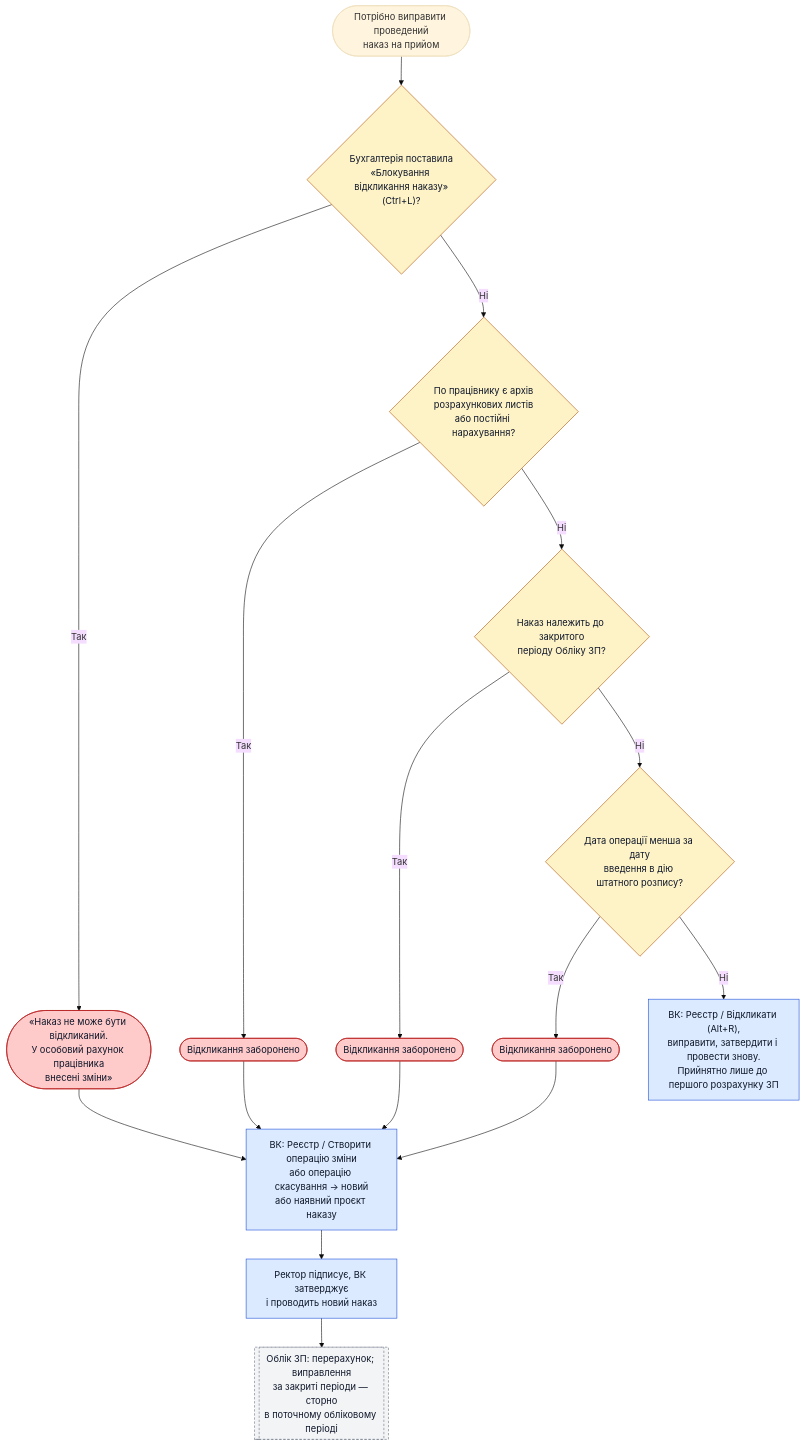
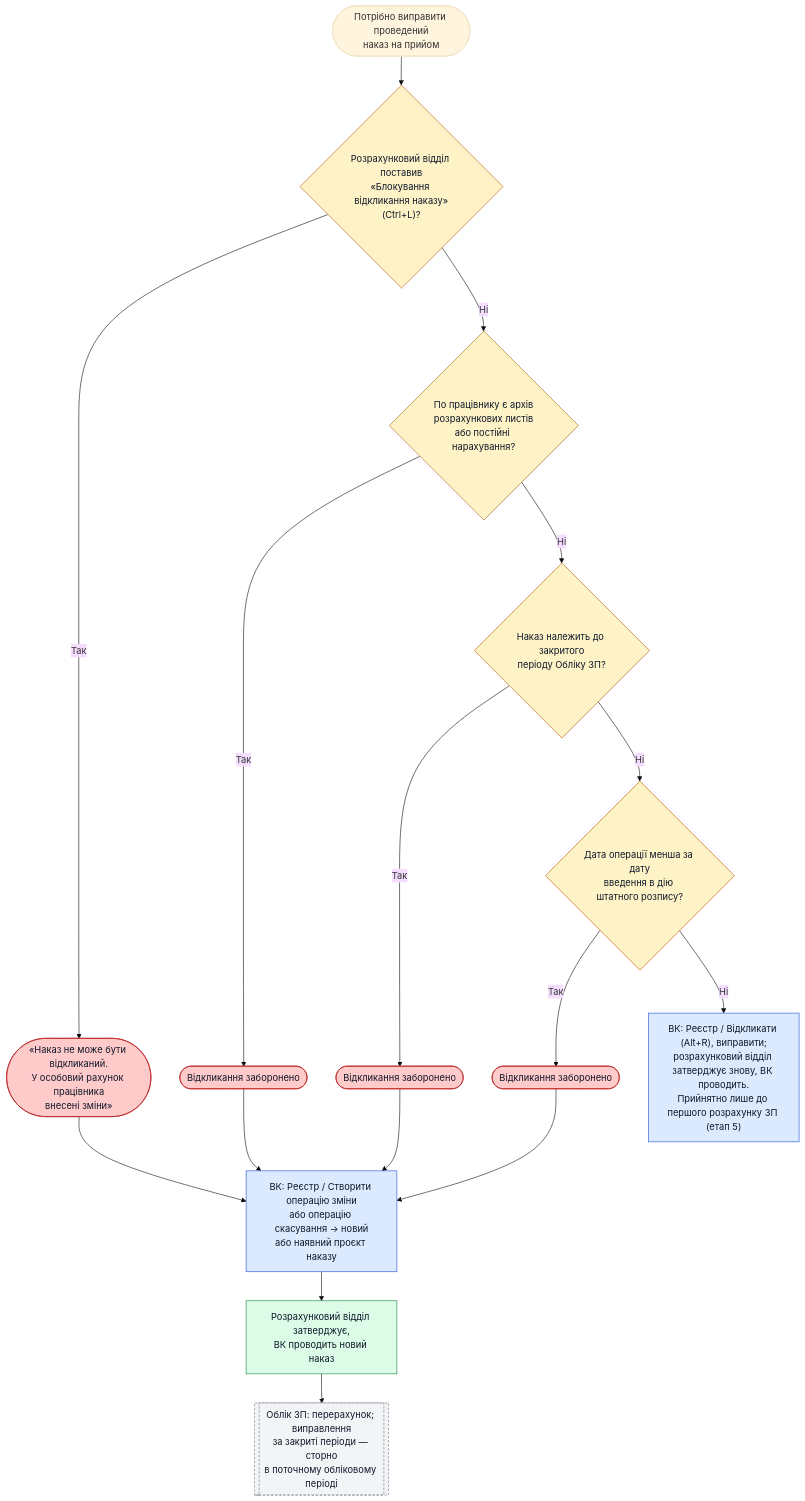
One commit to lisnayk/hr-workflows changed the second of 2 diagrams in processes/onboarding/ispro-hiring-order.md. Above: the diagram before and after it, drawn with Mermaid (base theme). The commit also changed other lines of this file and 3 other files, not shown here.

First line of the commit message:
Add ISpro order flow SVG, docs links and payroll approval flow (#2)

````diff
--- a/processes/onboarding/ispro-hiring-order.md
+++ b/processes/onboarding/ispro-hiring-order.md
@@ -125,29 +148,32 @@
 ```mermaid
 flowchart TB
-    REQ(["Потрібно виправити проведений<br/>наказ на прийом"]) --> L1{"Бухгалтерія поставила<br/>«Блокування відкликання наказу»<br/>(Ctrl+L)?"}
+    REQ(["Потрібно виправити проведений<br/>наказ на прийом"]) --> L1{"Розрахунковий відділ поставив<br/>«Блокування відкликання наказу»<br/>(Ctrl+L)?"}
     L1 -- "Так" --> X1(["«Наказ не може бути відкликаний.<br/>У особовий рахунок працівника<br/>внесені зміни»"])
     L1 -- "Ні" --> L2{"По працівнику є архів<br/>розрахункових листів<br/>або постійні нарахування?"}
     L2 -- "Так" --> X2(["Відкликання заборонено"])
     L2 -- "Ні" --> L3{"Наказ належить до закритого<br/>періоду Обліку ЗП?"}
     L3 -- "Так" --> X3(["Відкликання заборонено"])
     L3 -- "Ні" --> L4{"Дата операції менша за дату<br/>введення в дію штатного розпису?"}
     L4 -- "Так" --> X4(["Відкликання заборонено"])
-    L4 -- "Ні" --> RECALL["ВК: Реєстр / Відкликати (Alt+R),<br/>виправити, затвердити і провести знову.<br/>Прийнятно лише до першого розрахунку ЗП"]
+    L4 -- "Ні" --> RECALL["ВК: Реєстр / Відкликати (Alt+R), виправити;<br/>розрахунковий відділ затверджує знову, ВК проводить.<br/>Прийнятно лише до першого розрахунку ЗП (етап 5)"]
 
     X1 --> FIX
     X2 --> FIX
     X3 --> FIX
     X4 --> FIX
-    FIX["ВК: Реєстр / Створити операцію зміни<br/>або операцію скасування → новий<br/>або наявний проєкт наказу"] --> FIX2["Ректор підписує, ВК затверджує<br/>і проводить новий наказ"]
+    FIX["ВК: Реєстр / Створити операцію зміни<br/>або операцію скасування → новий<br/>або наявний проєкт наказу"] --> FIX2["Розрахунковий відділ затверджує,<br/>ВК проводить новий наказ"]
     FIX2 --> FIX3[["Облік ЗП: перерахунок; виправлення<br/>за закриті періоди — сторно<br/>в поточному обліковому періоді"]]
 
     classDef hr fill:#dbeafe,stroke:#1d4ed8,color:#0f172a
     classDef sys fill:#f3f4f6,stroke:#6b7280,stroke-dasharray:4 3,color:#0f172a
     classDef cfg fill:#fef3c7,stroke:#b45309,color:#0f172a
     classDef stop fill:#fecaca,stroke:#b91c1c,color:#0f172a
 
-    class RECALL,FIX,FIX2 hr
+    classDef buh fill:#dcfce7,stroke:#15803d,color:#0f172a
+
+    class RECALL,FIX hr
+    class FIX2 buh
     class FIX3 sys
     class L1,L2,L3,L4 cfg
     class X1,X2,X3,X4 stop
 ```
````
